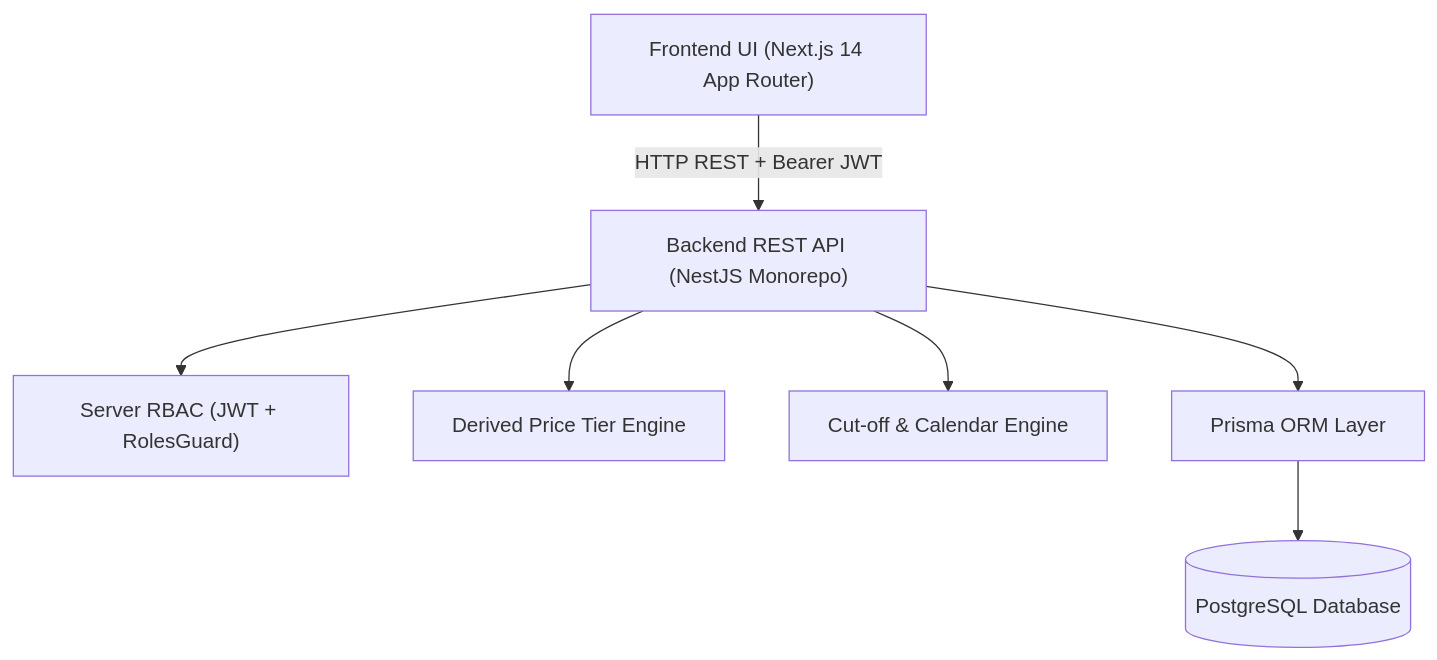
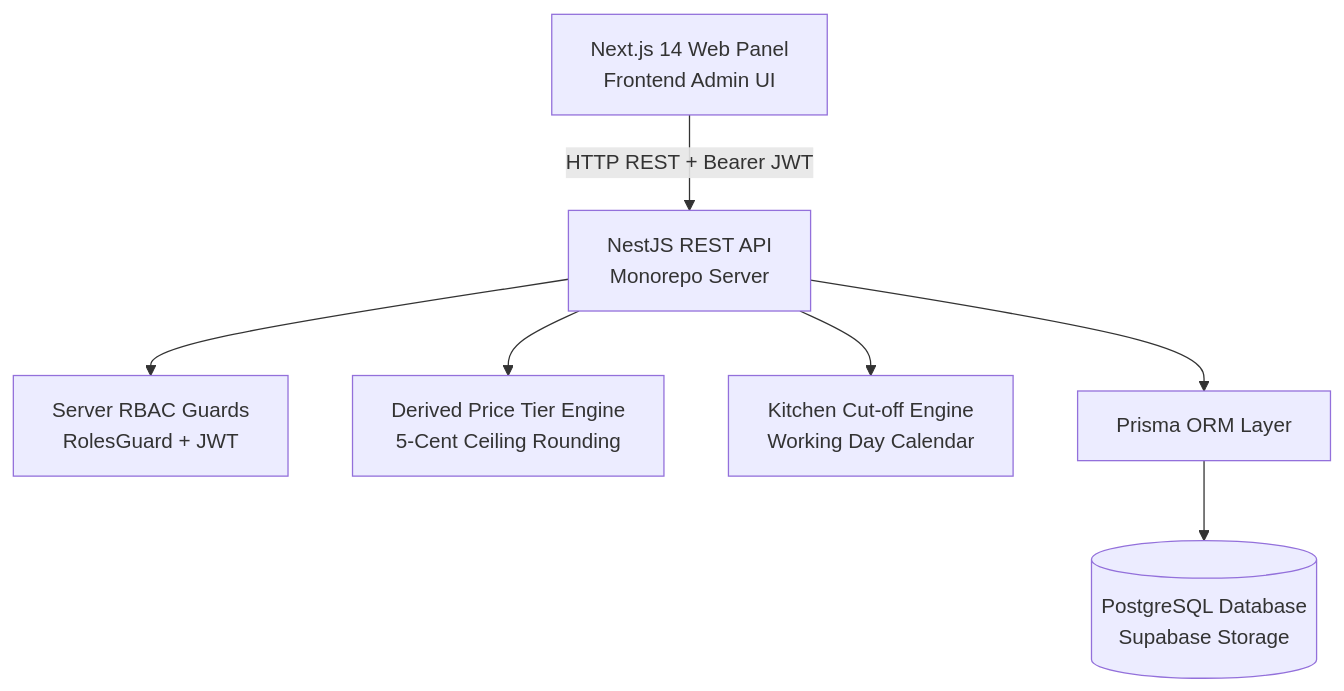
Before and after one commit to neel040205-np/fernleaf-kitchen-ops: the first of 3 diagrams in README.md, drawn with Mermaid. The commit also changed other lines of this file, not shown here.

Commit message:
docs: optimize Mermaid diagrams with HTML linebreaks for GitHub native SVG rendering

````diff
--- a/README.md
+++ b/README.md
@@ -87,17 +87,9 @@
 ```mermaid
 graph TD
-    Client["Frontend UI (Next.js 14 App Router)"]
-    API["Backend REST API (NestJS Monorepo)"]
-    AuthGuard["Server RBAC (JWT + RolesGuard)"]
-    PricingEngine["Derived Price Tier Engine"]
-    CutoffEngine["Cut-off & Calendar Engine"]
-    PrismaORM["Prisma ORM Layer"]
-    SupabaseDB[(PostgreSQL Database)]
-
-    Client -->|HTTP REST + Bearer JWT| API
-    API --> AuthGuard
-    API --> PricingEngine
-    API --> CutoffEngine
-    API --> PrismaORM
-    PrismaORM --> SupabaseDB
+    Client["Next.js 14 Web Panel<br/>Frontend Admin UI"] -->|HTTP REST + Bearer JWT| API["NestJS REST API<br/>Monorepo Server"]
+    API --> Auth["Server RBAC Guards<br/>RolesGuard + JWT"]
+    API --> Pricing["Derived Price Tier Engine<br/>5-Cent Ceiling Rounding"]
+    API --> Cutoff["Kitchen Cut-off Engine<br/>Working Day Calendar"]
+    API --> Prisma["Prisma ORM Layer"]
+    Prisma --> DB[("PostgreSQL Database<br/>Supabase Storage")]
 ```
````
